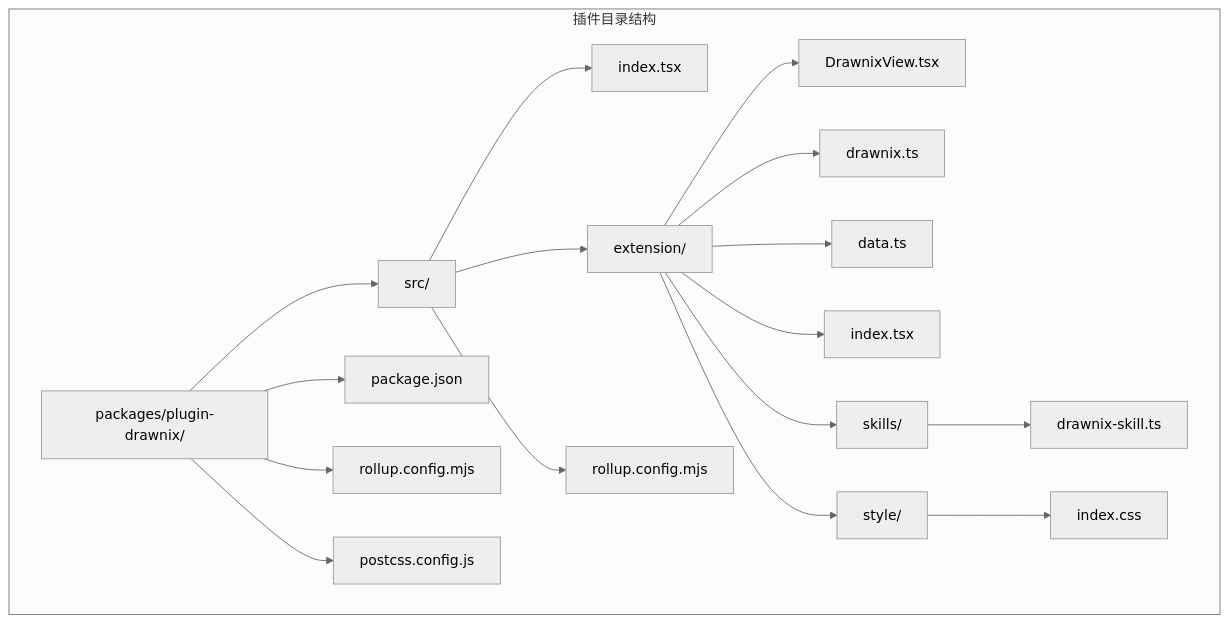
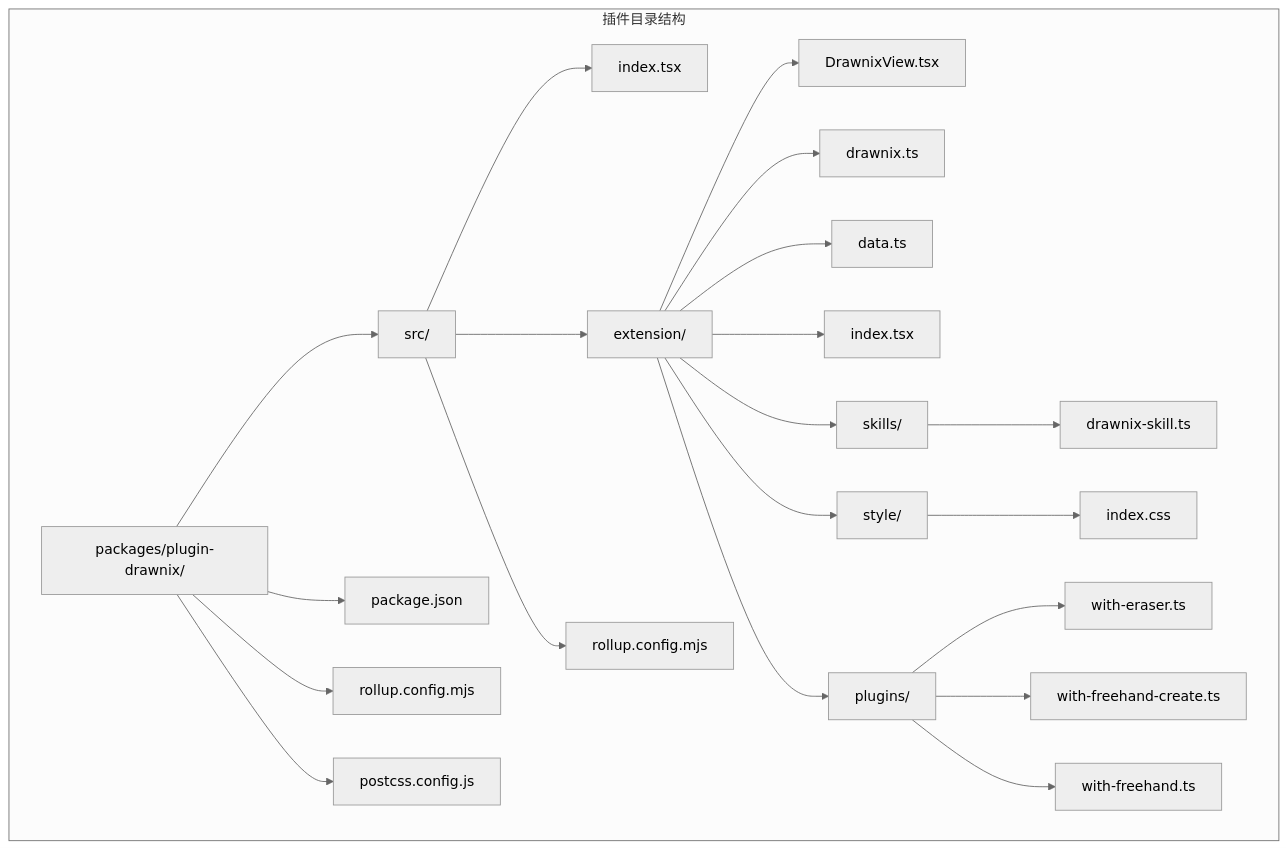
The first of 12 diagrams in .qoder/repowiki/zh/content/Plugin Drawnix.md (LRF0422/Kotion), drawn with Mermaid (neutral theme) before and after one commit. The commit also changed other lines of this file and 34 other files, not shown here.

````diff
--- a/.qoder/repowiki/zh/content/Plugin Drawnix.md
+++ b/.qoder/repowiki/zh/content/Plugin Drawnix.md
@@ -35,20 +49,24 @@
 ```mermaid
 graph TB
 subgraph "插件目录结构"
 A[packages/plugin-drawnix/] --> B[src/]
 A --> C[package.json]
 A --> D[rollup.config.mjs]
 A --> E[postcss.config.js]
 B --> F[index.tsx]
 B --> G[extension/]
 B --> H[rollup.config.mjs]
 G --> I[DrawnixView.tsx]
 G --> J[drawnix.ts]
 G --> K[data.ts]
 G --> L[index.tsx]
 G --> M[skills/]
 G --> N[style/]
-M --> O[drawnix-skill.ts]
-N --> P[index.css]
+G --> O[plugins/]
+M --> P[drawnix-skill.ts]
+N --> Q[index.css]
+O --> R[with-eraser.ts]
+O --> S[with-freehand-create.ts]
+O --> T[with-freehand.ts]
 end
 ```
````
